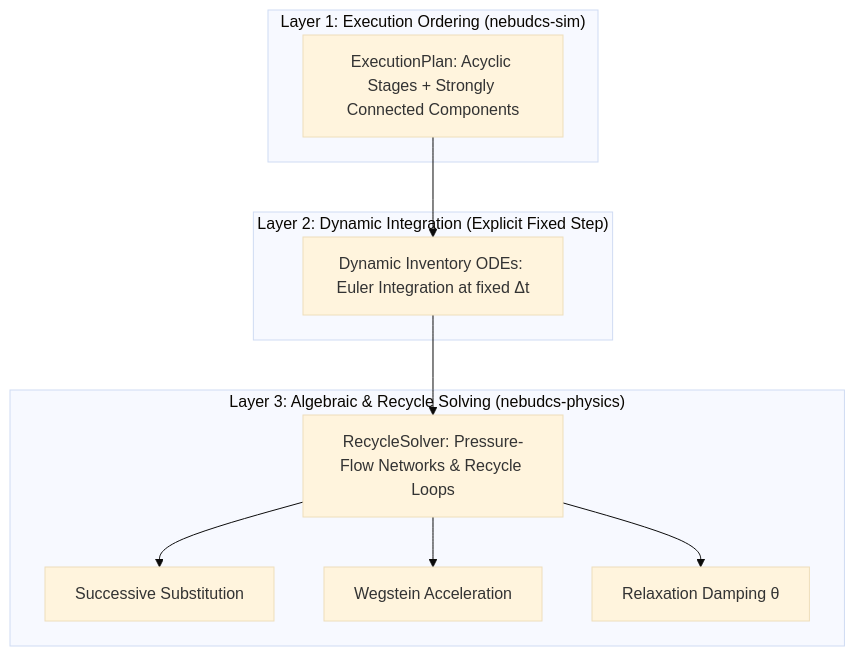
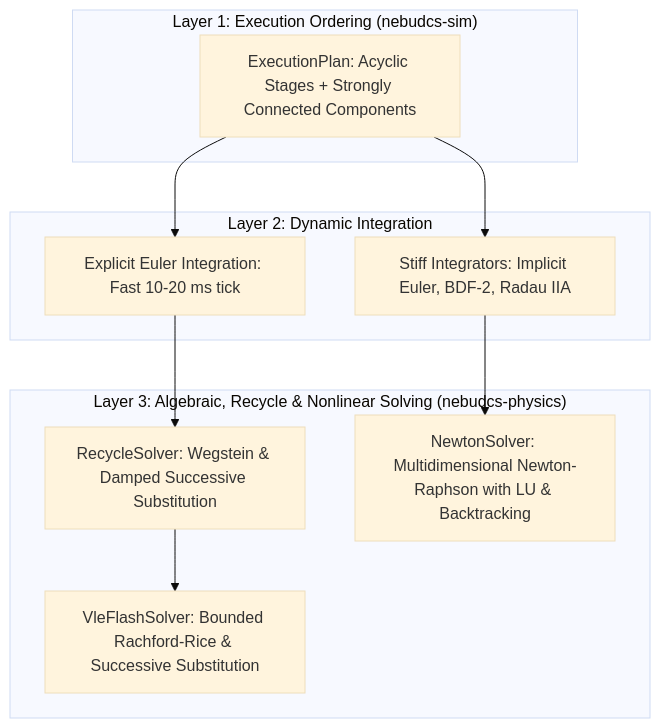
The diagram in docs/architecture/solver.md (kaivyy/nebudcs), drawn with Mermaid (base theme) before and after one commit. The commit also changed other lines of this file and 1093 other files, not shown here.

````diff
--- a/docs/architecture/solver.md
+++ b/docs/architecture/solver.md
@@ -14,23 +14,23 @@
 ```mermaid
 graph TD
     subgraph "Layer 1: Execution Ordering (nebudcs-sim)"
         Plan[ExecutionPlan: Acyclic Stages + Strongly Connected Components]
     end
 
-    subgraph "Layer 2: Dynamic Integration (Explicit Fixed Step)"
-        ODE[Dynamic Inventory ODEs: Euler Integration at fixed Δt]
+    subgraph "Layer 2: Dynamic Integration"
+        ODE_EXP[Explicit Euler Integration: Fast 10-20 ms tick]
+        ODE_STIFF[Stiff Integrators: Implicit Euler, BDF-2, Radau IIA]
     end
 
-    subgraph "Layer 3: Algebraic & Recycle Solving (nebudcs-physics)"
-        Recycle[RecycleSolver: Pressure-Flow Networks & Recycle Loops]
-        Alg1[Successive Substitution]
-        Alg2[Wegstein Acceleration]
-        Damp[Relaxation Damping θ]
+    subgraph "Layer 3: Algebraic, Recycle & Nonlinear Solving (nebudcs-physics)"
+        Recycle[RecycleSolver: Wegstein & Damped Successive Substitution]
+        Newton[NewtonSolver: Multidimensional Newton-Raphson with LU & Backtracking]
+        Flash[VleFlashSolver: Bounded Rachford-Rice & Successive Substitution]
     end
 
-    Plan --> ODE
-    ODE --> Recycle
-    Recycle --> Alg1
-    Recycle --> Alg2
-    Recycle --> Damp
+    Plan --> ODE_EXP
+    Plan --> ODE_STIFF
+    ODE_EXP --> Recycle
+    ODE_STIFF --> Newton
+    Recycle --> Flash
 ```
````
